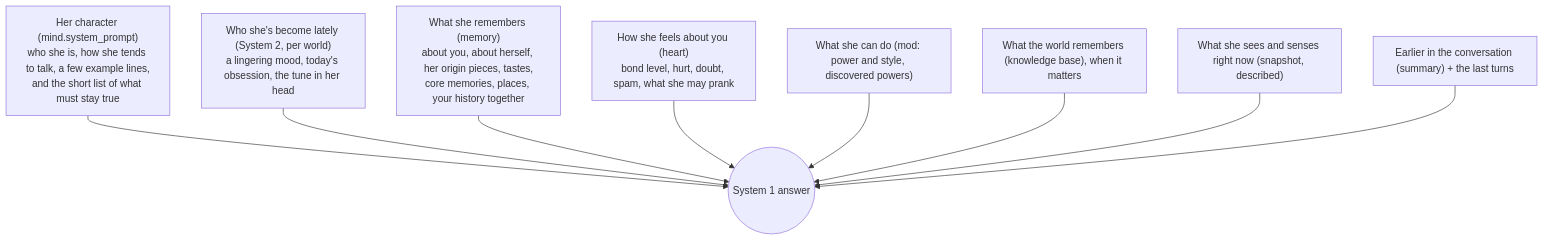
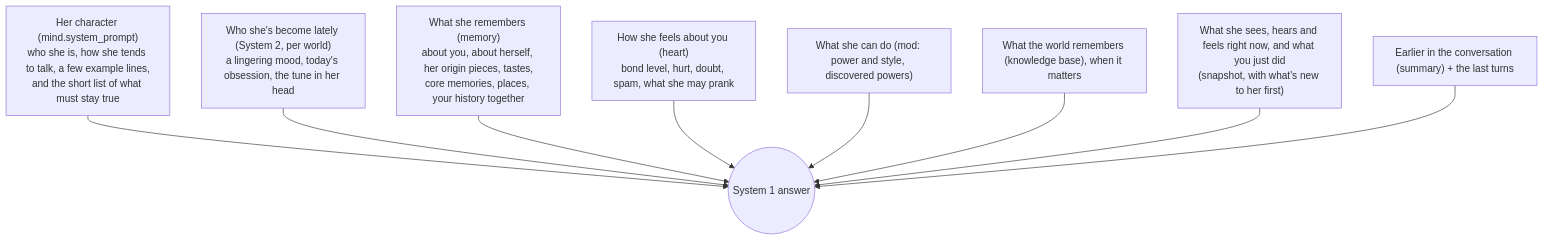
The fourth of 4 diagrams in docs/ARCHITECTURE.md (PetitPotam/kindred-spirit), drawn with Mermaid before and after one commit. The commit also changed other lines of this file and 15 other files, not shown here.

````diff
--- a/docs/ARCHITECTURE.md
+++ b/docs/ARCHITECTURE.md
@@ -100,12 +150,12 @@
 ```mermaid
 flowchart TB
   A["Her character (mind.system_prompt)<br/>who she is, how she tends to talk, a few example lines,<br/>and the short list of what must stay true"] --> P
   B["Who she's become lately (System 2, per world)<br/>a lingering mood, today's obsession, the tune in her head"] --> P
   C["What she remembers (memory)<br/>about you, about herself, her origin pieces, tastes,<br/>core memories, places, your history together"] --> P
   D["How she feels about you (heart)<br/>bond level, hurt, doubt, spam, what she may prank"] --> P
   E["What she can do (mod: power and style, discovered powers)"] --> P
   F["What the world remembers (knowledge base), when it matters"] --> P
-  G["What she sees and senses right now (snapshot, described)"] --> P
+  G["What she sees, hears and feels right now, and what you just did<br/>(snapshot, with what's new to her first)"] --> P
   H["Earlier in the conversation (summary) + the last turns"] --> P
   P(("System 1 answer"))
 ```
````
